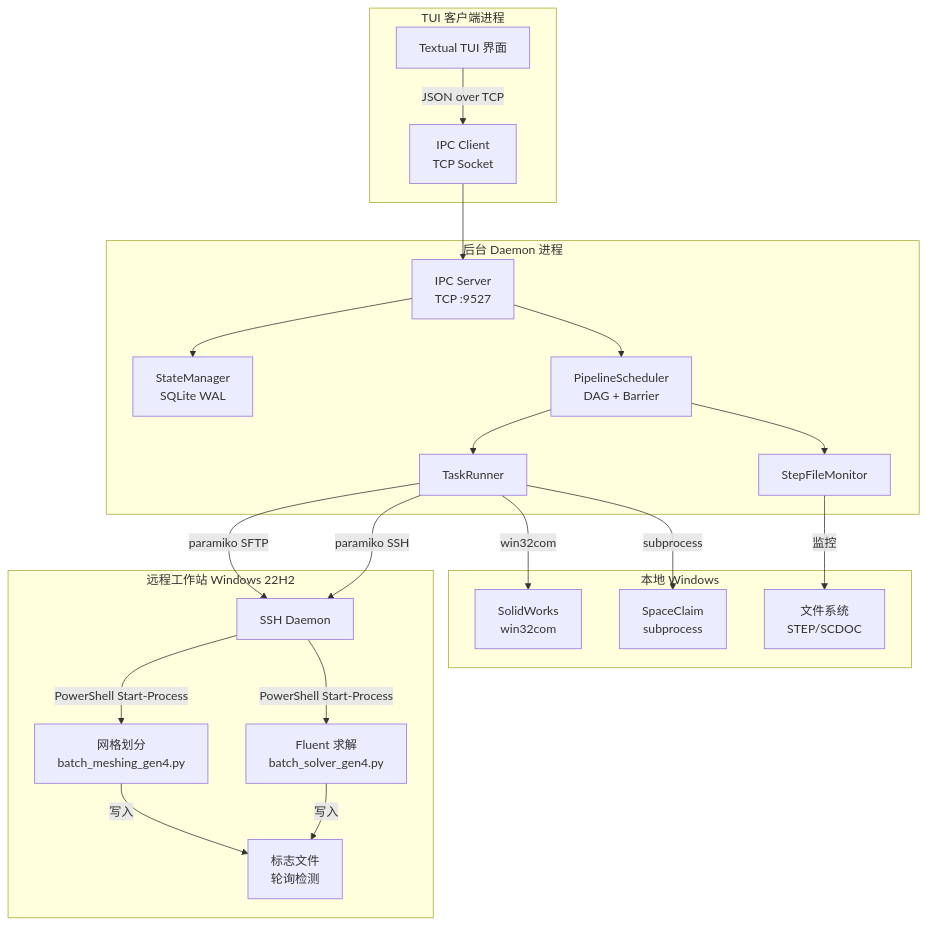
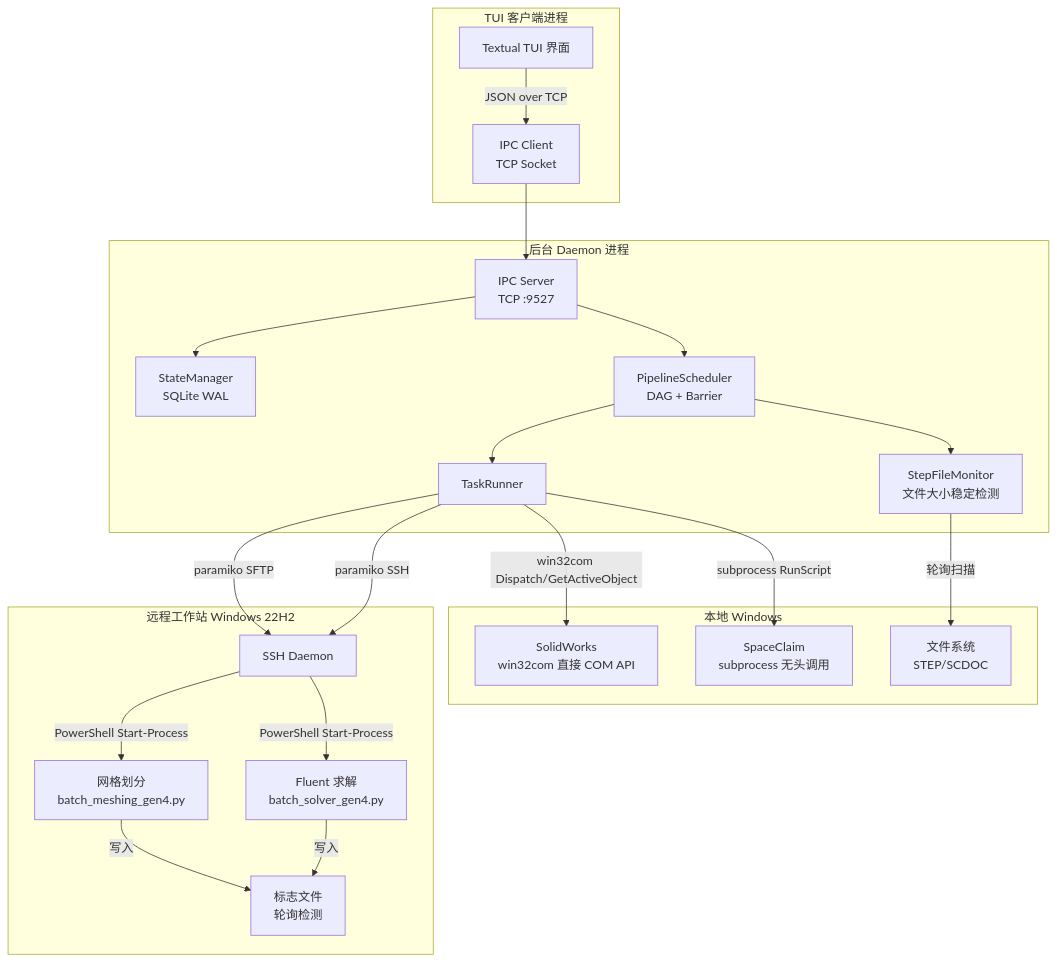
Before and after one commit to Hab1nA/AutoFluidSimulation: the first of 2 diagrams in README.md, drawn with Mermaid. The commit also changed other lines of this file and 12 other files, not shown here.

````diff
--- a/README.md
+++ b/README.md
@@ -44,44 +62,44 @@
 ```mermaid
 graph TB
     subgraph "TUI 客户端进程"
         TUI[Textual TUI 界面]
         IPC_C[IPC Client<br/>TCP Socket]
     end
 
     subgraph "后台 Daemon 进程"
         IPC_S[IPC Server<br/>TCP :9527]
         SM[StateManager<br/>SQLite WAL]
         SCH[PipelineScheduler<br/>DAG + Barrier]
         TR[TaskRunner]
-        FM[StepFileMonitor]
+        FM[StepFileMonitor<br/>文件大小稳定检测]
     end
 
     subgraph "本地 Windows"
-        SW[SolidWorks<br/>win32com]
-        SC[SpaceClaim<br/>subprocess]
+        SW[SolidWorks<br/>win32com 直接 COM API]
+        SC[SpaceClaim<br/>subprocess 无头调用]
         FS[文件系统<br/>STEP/SCDOC]
     end
 
     subgraph "远程工作站 Windows 22H2"
         SSH[SSH Daemon]
         MESH[网格划分<br/>batch_meshing_gen4.py]
         SOLVER[Fluent 求解<br/>batch_solver_gen4.py]
         FLAGS[标志文件<br/>轮询检测]
     end
 
     TUI -->|JSON over TCP| IPC_C
     IPC_C --> IPC_S
     IPC_S --> SM
     IPC_S --> SCH
     SCH --> FM
     SCH --> TR
-    TR -->|win32com| SW
-    TR -->|subprocess| SC
+    TR -->|win32com Dispatch/GetActiveObject| SW
+    TR -->|subprocess RunScript| SC
     TR -->|paramiko SFTP| SSH
     TR -->|paramiko SSH| SSH
     SSH -->|PowerShell Start-Process| MESH
     SSH -->|PowerShell Start-Process| SOLVER
-    FM -->|监控| FS
+    FM -->|轮询扫描| FS
     MESH -->|写入| FLAGS
     SOLVER -->|写入| FLAGS
 ```
````
